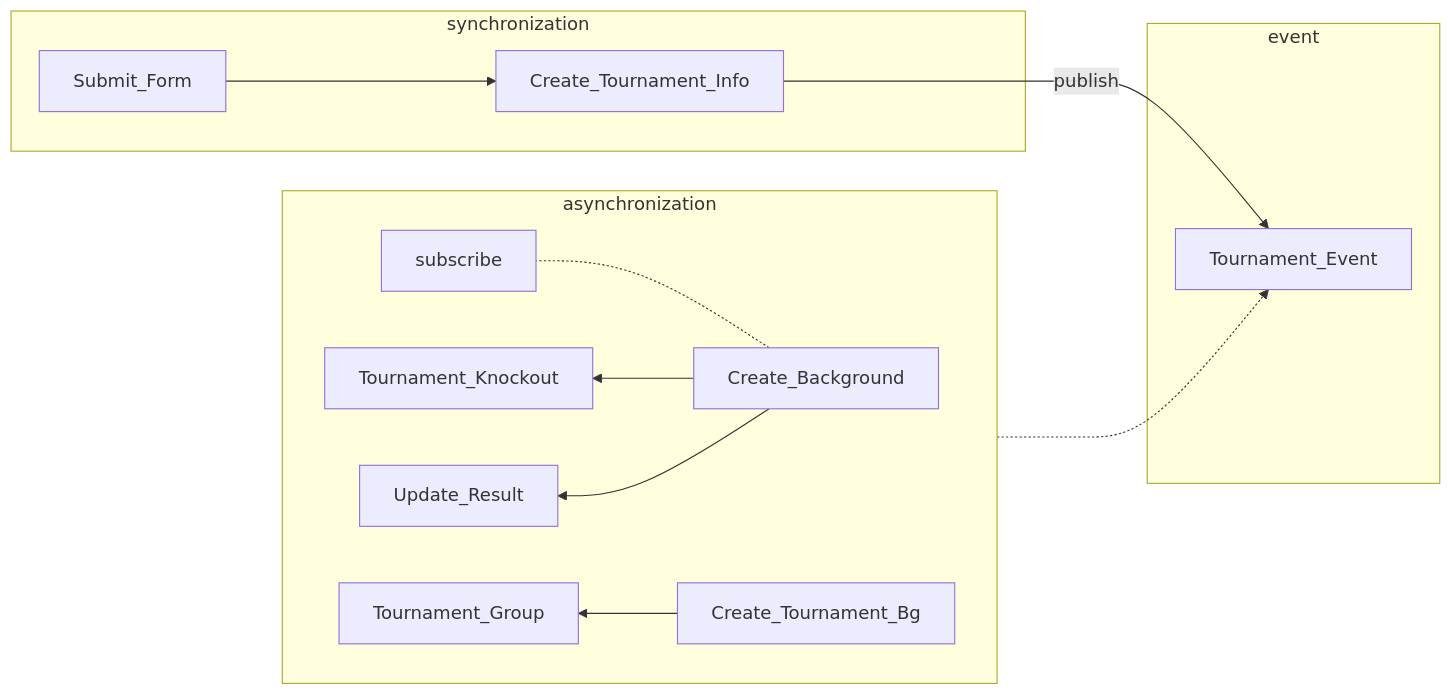
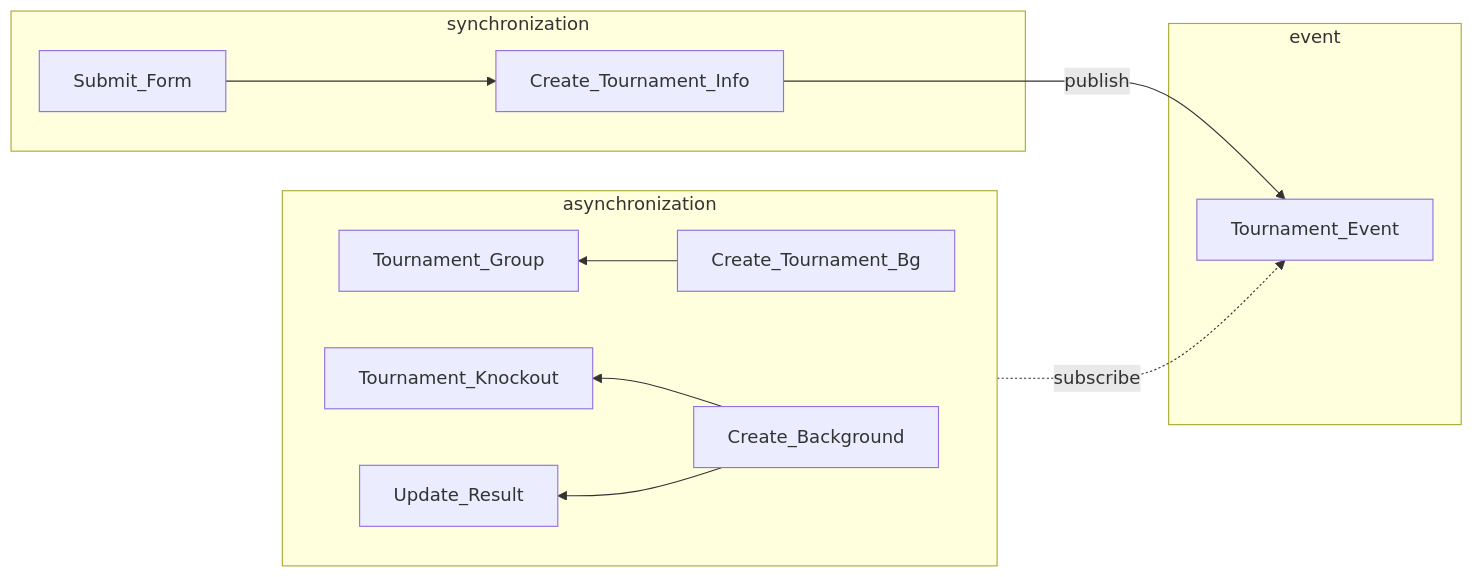
One commit to tonglam/fpl-public changed the seventh of 7 diagrams in README.md. Above: the diagram before and after it, drawn with Mermaid. The commit also changed other lines of this file, not shown here.

````diff
--- a/README.md
+++ b/README.md
@@ -547,17 +547,17 @@
 ```mermaid
 graph LR
     subgraph A[synchronization]
     Submit_Form --> Create_Tournament_Info
     end
     subgraph B[event]
     Tournament_Event
     end
     subgraph C[asynchronization]
     direction RL
     Create_Tournament_Info -- publish --> Tournament_Event
-    Create_Background -.- subscribe -.-> Tournament_Event
+    Create_Background -. subscribe .-> Tournament_Event
     Create_Tournament_Bg --> Tournament_Group
     Create_Background --> Tournament_Knockout
     Create_Background --> Update_Result
     end
 ```
````
